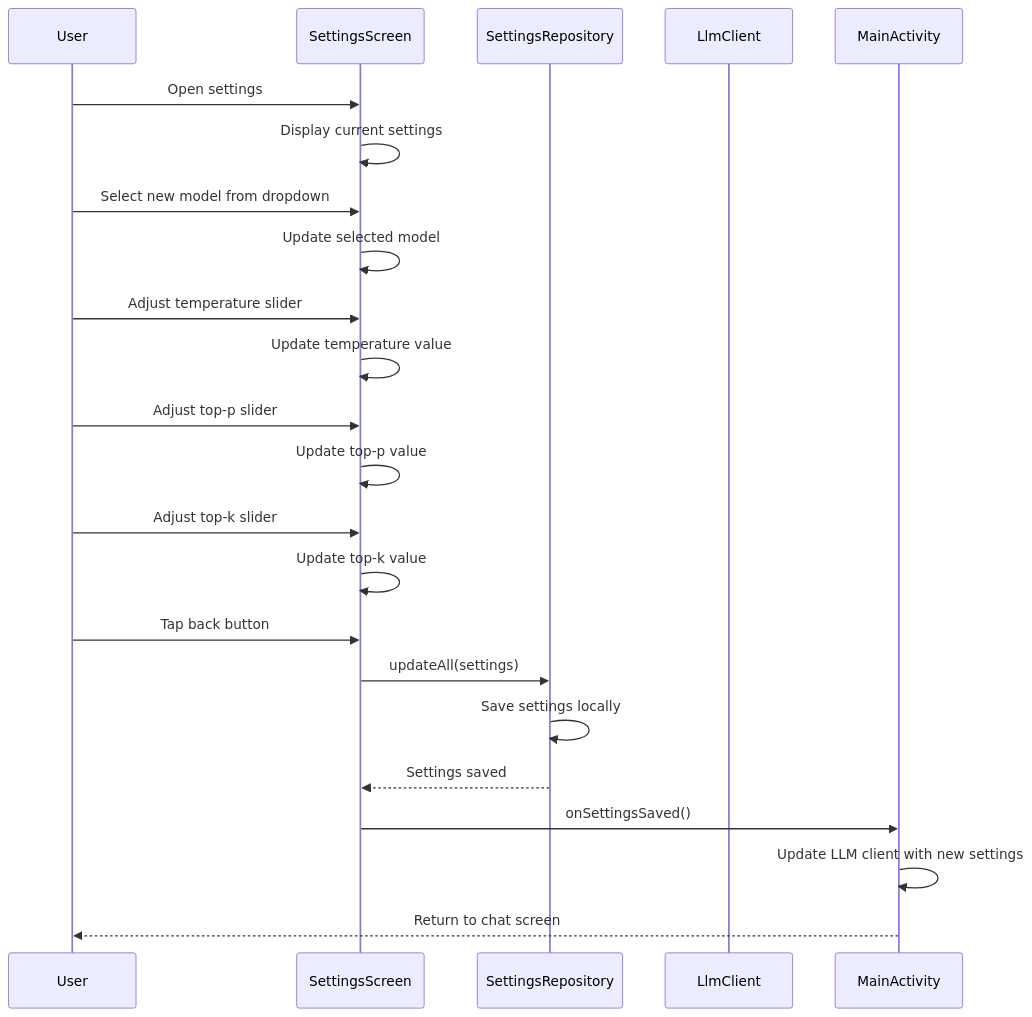
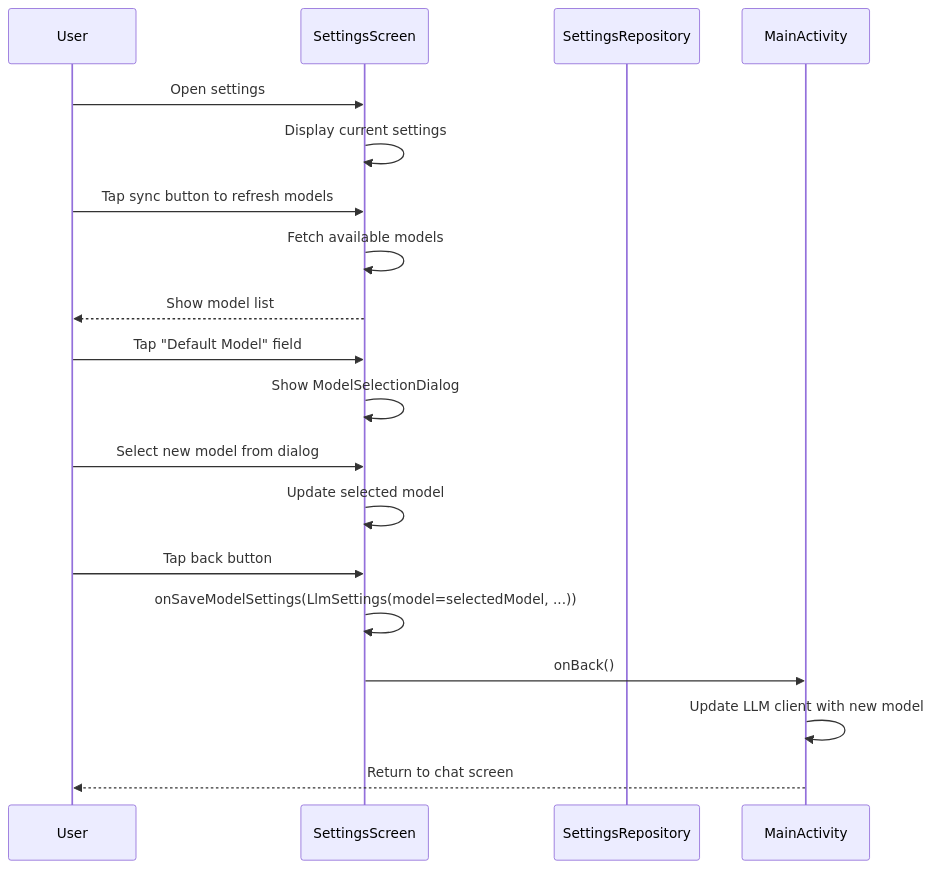
One commit to lehoang318/buddy changed the second of 10 diagrams in docs/seq_others.md. Above: the diagram before and after it, drawn with Mermaid. The commit also changed other lines of this file and 7 other files, not shown here.

````diff
--- a/docs/seq_others.md
+++ b/docs/seq_others.md
@@ -56,31 +60,25 @@
 ```mermaid
 sequenceDiagram
     participant User
     participant SettingsScreen
     participant SettingsRepository
-    participant LlmClient
+    participant MainActivity
 
     User->>SettingsScreen: Open settings
     SettingsScreen->>SettingsScreen: Display current settings
 
-    User->>SettingsScreen: Select new model from dropdown
+    User->>SettingsScreen: Tap sync button to refresh models
+    SettingsScreen->>SettingsScreen: Fetch available models
+    SettingsScreen-->>User: Show model list
+
+    User->>SettingsScreen: Tap "Default Model" field
+    SettingsScreen->>SettingsScreen: Show ModelSelectionDialog
+    User->>SettingsScreen: Select new model from dialog
     SettingsScreen->>SettingsScreen: Update selected model
 
-    User->>SettingsScreen: Adjust temperature slider
-    SettingsScreen->>SettingsScreen: Update temperature value
-
-    User->>SettingsScreen: Adjust top-p slider
-    SettingsScreen->>SettingsScreen: Update top-p value
-
-    User->>SettingsScreen: Adjust top-k slider
-    SettingsScreen->>SettingsScreen: Update top-k value
-
     User->>SettingsScreen: Tap back button
-    SettingsScreen->>SettingsRepository: updateAll(settings)
-    SettingsRepository->>SettingsRepository: Save settings locally
-    SettingsRepository-->>SettingsScreen: Settings saved
-
-    SettingsScreen->>MainActivity: onSettingsSaved()
-    MainActivity->>MainActivity: Update LLM client with new settings
+    SettingsScreen->>SettingsScreen: onSaveModelSettings(LlmSettings(model=selectedModel, ...))
+    SettingsScreen->>MainActivity: onBack()
+    MainActivity->>MainActivity: Update LLM client with new model
     MainActivity-->>User: Return to chat screen
 ```
````
